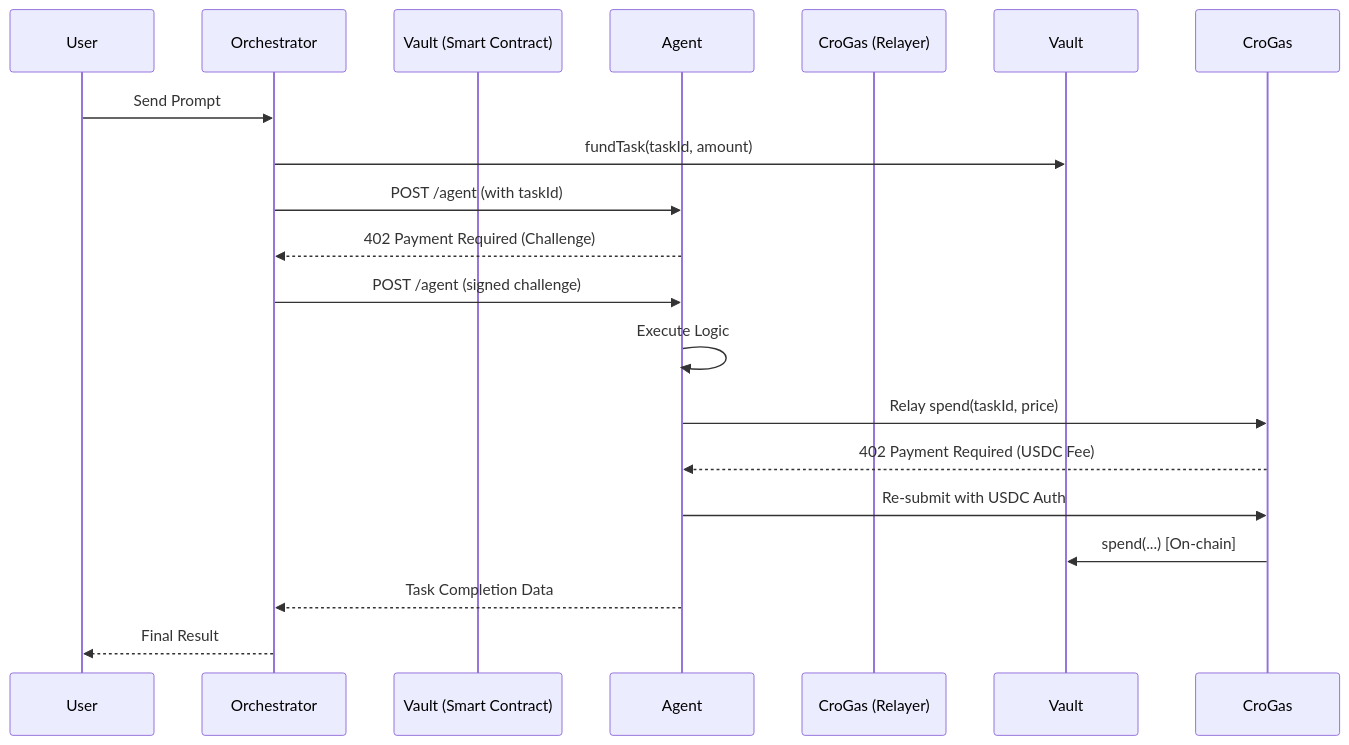
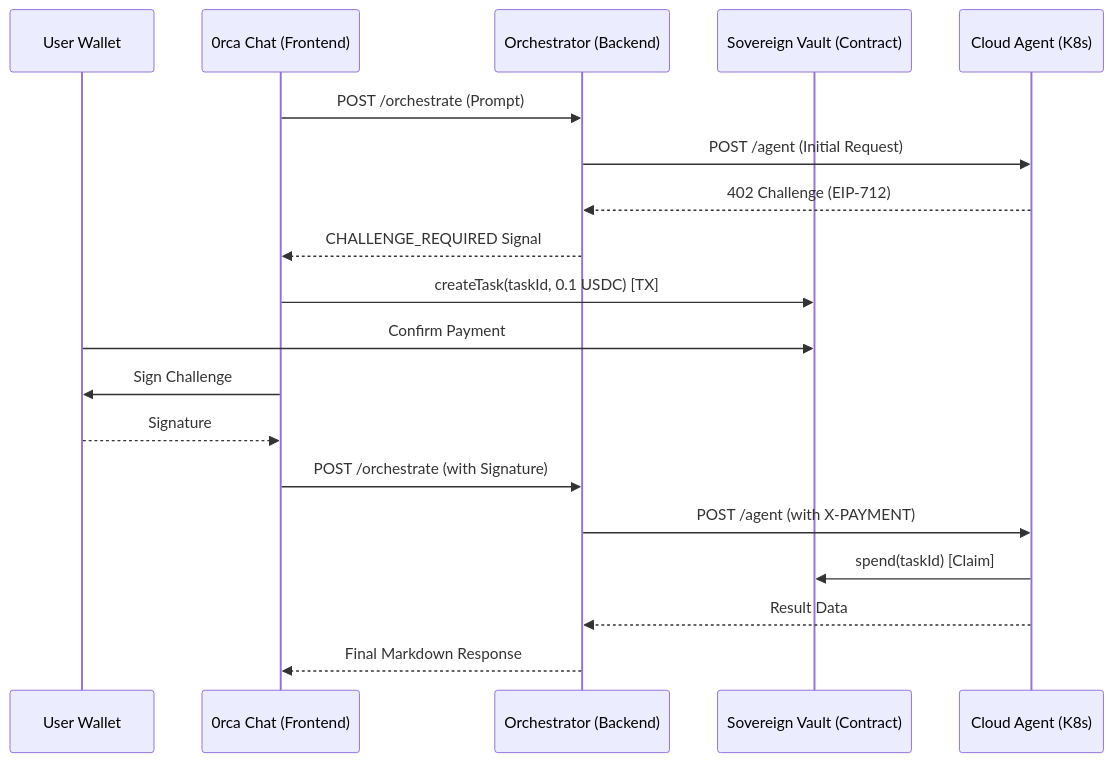
The diagram in ARCHITECTURE.md (0rca-network/0rca_chat), drawn with Mermaid before and after one commit. The commit also changed other lines of this file and 2 other files, not shown here.

````diff
--- a/ARCHITECTURE.md
+++ b/ARCHITECTURE.md
@@ -48,21 +48,22 @@
 ```mermaid
 sequenceDiagram
-    participant User
-    participant Orchestrator
-    participant Vault (Smart Contract)
-    participant Agent
-    participant CroGas (Relayer)
+    participant User as User Wallet
+    participant UI as 0rca Chat (Frontend)
+    participant Orch as Orchestrator (Backend)
+    participant Vault as Sovereign Vault (Contract)
+    participant Agent as Cloud Agent (K8s)
 
-    User->>Orchestrator: Send Prompt
-    Orchestrator->>Vault: fundTask(taskId, amount)
-    Orchestrator->>Agent: POST /agent (with taskId)
-    Agent-->>Orchestrator: 402 Payment Required (Challenge)
-    Orchestrator->>Agent: POST /agent (signed challenge)
-    Agent->>Agent: Execute Logic
-    Agent->>CroGas: Relay spend(taskId, price)
-    CroGas-->>Agent: 402 Payment Required (USDC Fee)
-    Agent->>CroGas: Re-submit with USDC Auth
-    CroGas->>Vault: spend(...) [On-chain]
-    Agent-->>Orchestrator: Task Completion Data
-    Orchestrator-->>User: Final Result
+    UI->>Orch: POST /orchestrate (Prompt)
+    Orch->>Agent: POST /agent (Initial Request)
+    Agent-->>Orch: 402 Challenge (EIP-712)
+    Orch-->>UI: CHALLENGE_REQUIRED Signal
+    UI->>Vault: createTask(taskId, 0.1 USDC) [TX]
+    User->>Vault: Confirm Payment
+    UI->>User: Sign Challenge
+    User-->>UI: Signature
+    UI->>Orch: POST /orchestrate (with Signature)
+    Orch->>Agent: POST /agent (with X-PAYMENT)
+    Agent->>Vault: spend(taskId) [Claim]
+    Agent-->>Orch: Result Data
+    Orch-->>UI: Final Markdown Response
 ```
````
